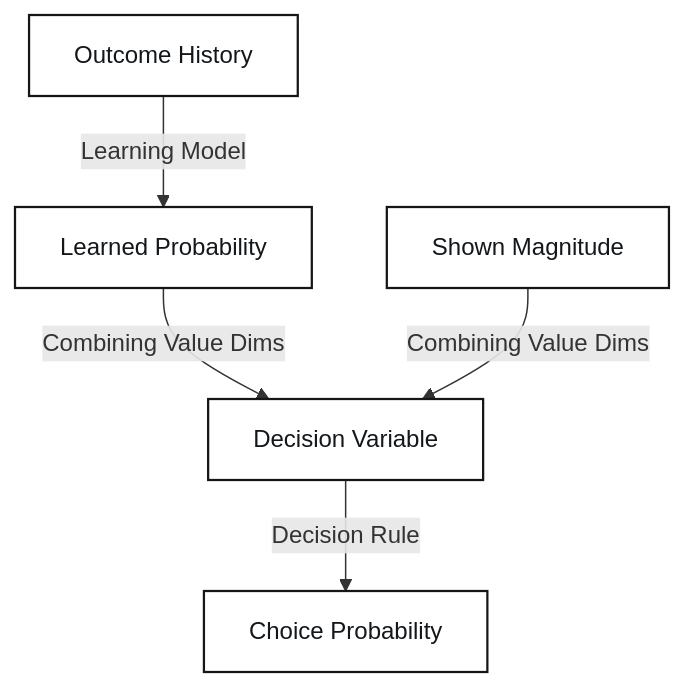
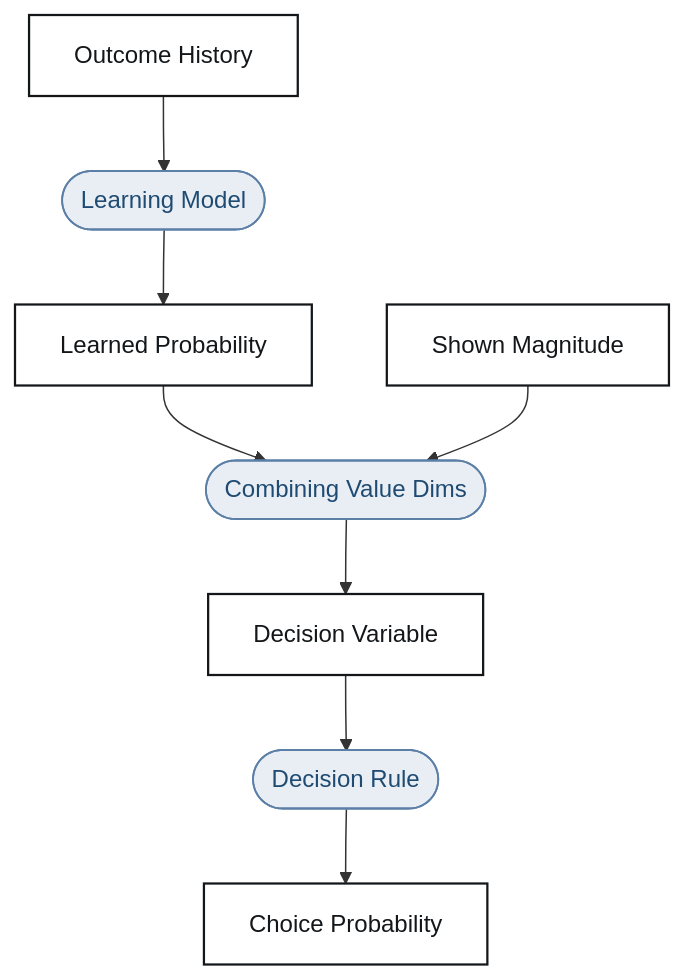
Before and after one commit to JanGrohn/ComputationalModelingBlockPractical: the diagram in docs/session2/diagrams/pipeline-choice.mmd, drawn with Mermaid. The commit also changed 11 other files, not shown here.

```diff
--- a/docs/session2/diagrams/pipeline-choice.mmd
+++ b/docs/session2/diagrams/pipeline-choice.mmd
@@ -1,8 +1,13 @@
 flowchart TD
-  OH["Outcome History"] -->|"Learning Model"| LP["Learned Probability"]
-  LP -->|"Combining Value Dims"| DV["Decision Variable"]
-  SM["Shown Magnitude"] -->|"Combining Value Dims"| DV
-  DV -->|"Decision Rule"| CP["Choice Probability"]
+  OH["Outcome History"] --> LM(["Learning Model"])
+  LM --> LP["Learned Probability"]
+  LP --> CV(["Combining Value Dims"])
+  SM["Shown Magnitude"] --> CV
+  CV --> DV["Decision Variable"]
+  DV --> DR(["Decision Rule"])
+  DR --> CP["Choice Probability"]
 
   classDef state fill:#ffffff,stroke:#14171a,stroke-width:1.5px,color:#14171a;
+  classDef op fill:#e8eef4,stroke:#5b7fa6,stroke-width:1.2px,color:#1f4b73;
   class OH,LP,SM,DV,CP state;
+  class LM,CV,DR op;
```
